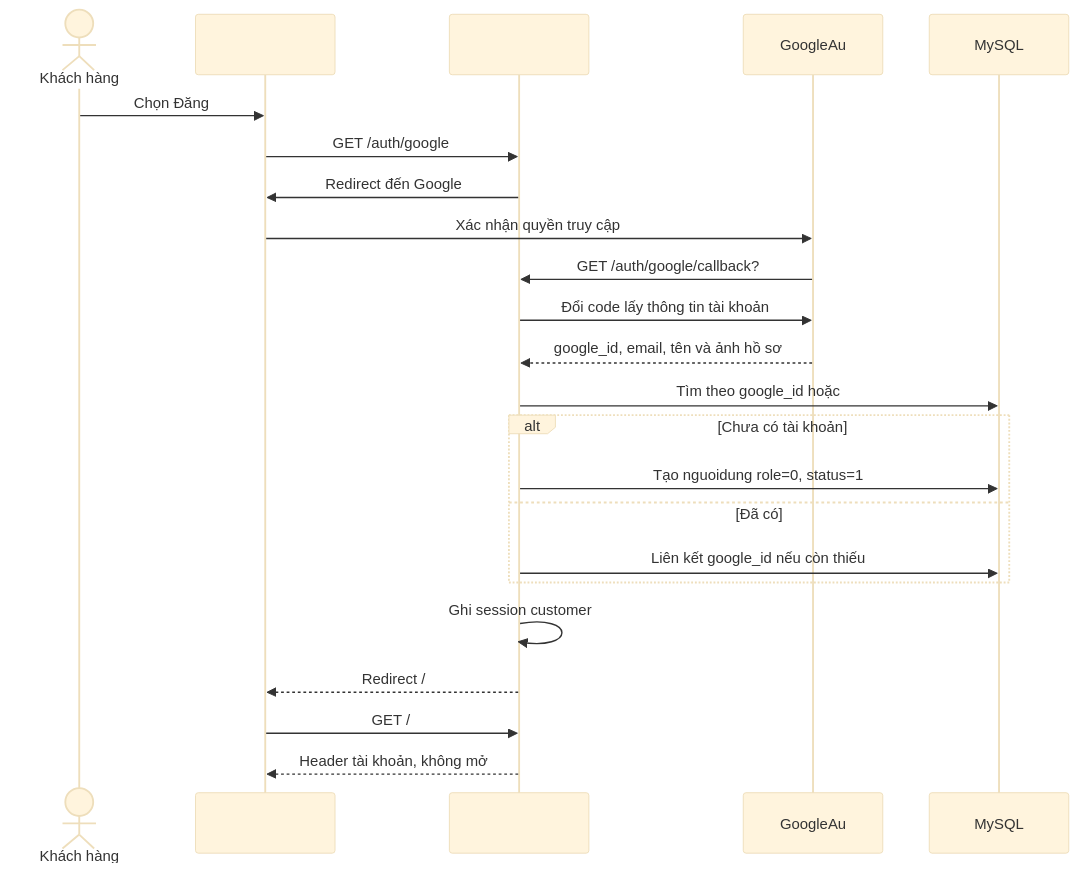
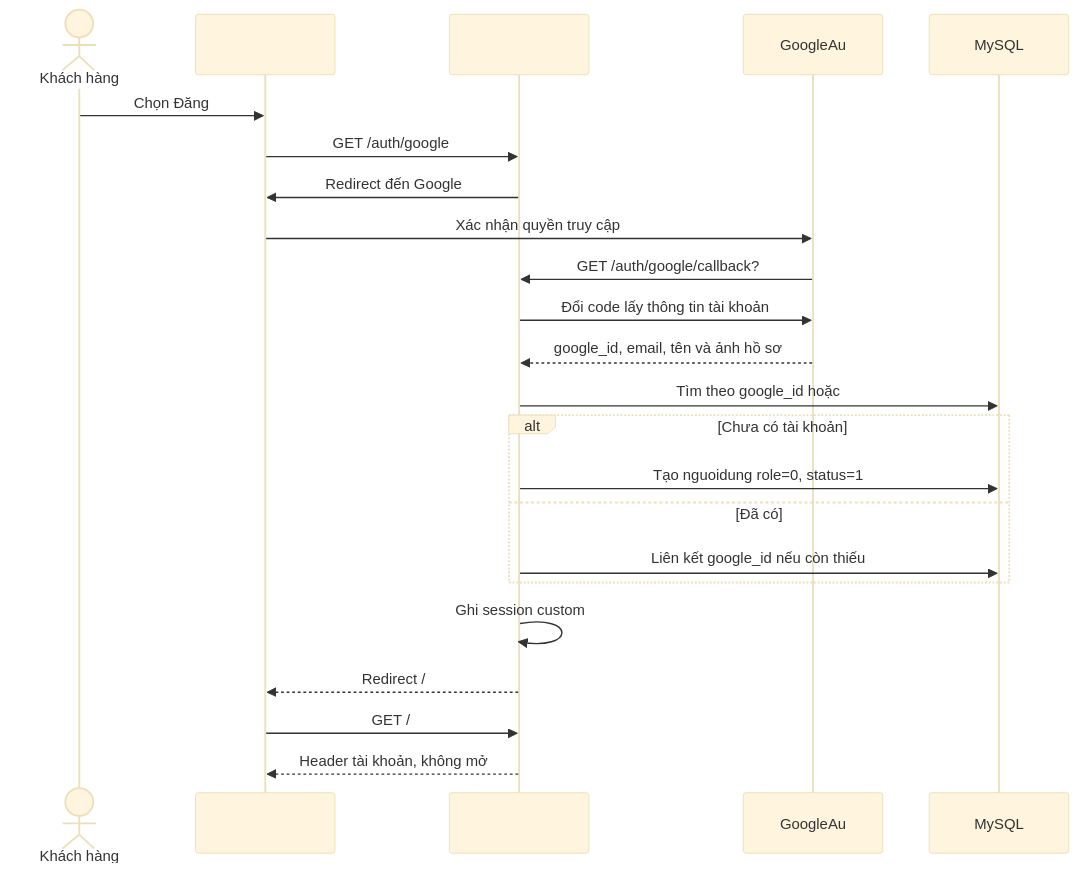
One commit to ThuanDepzai03/DuAnTotNghiep changed the third of 4 diagrams in README.md. Above: the diagram before and after it, drawn with Mermaid (base theme).

Commit message:
sửa sản phẩm

````diff
--- a/README.md
+++ b/README.md
@@ -715,26 +715,26 @@
 ```mermaid
 sequenceDiagram
         actor Customer as Khách hàng
         participant Browser as 
         participant Laravel as
         participant Google as GoogleAu
         participant DB as MySQL
 
         Customer->>Browser: Chọn Đăng
         Browser->>Laravel: GET /auth/google
         Laravel->>Browser: Redirect đến Google
         Browser->>Google: Xác nhận quyền truy cập
         Google->>Laravel: GET /auth/google/callback?
         Laravel->>Google: Đổi code lấy thông tin tài khoản
         Google-->>Laravel: google_id, email, tên và ảnh hồ sơ
         Laravel->>DB: Tìm theo google_id hoặc
         alt Chưa có tài khoản
                 Laravel->>DB: Tạo nguoidung role=0, status=1
         else Đã có
                 Laravel->>DB: Liên kết google_id nếu còn thiếu
         end
-        Laravel->>Laravel: Ghi session customer
+        Laravel->>Laravel: Ghi session custom
         Laravel-->>Browser: Redirect /
         Browser->>Laravel: GET /
         Laravel-->>Browser: Header tài khoản, không mở
 ```
````
